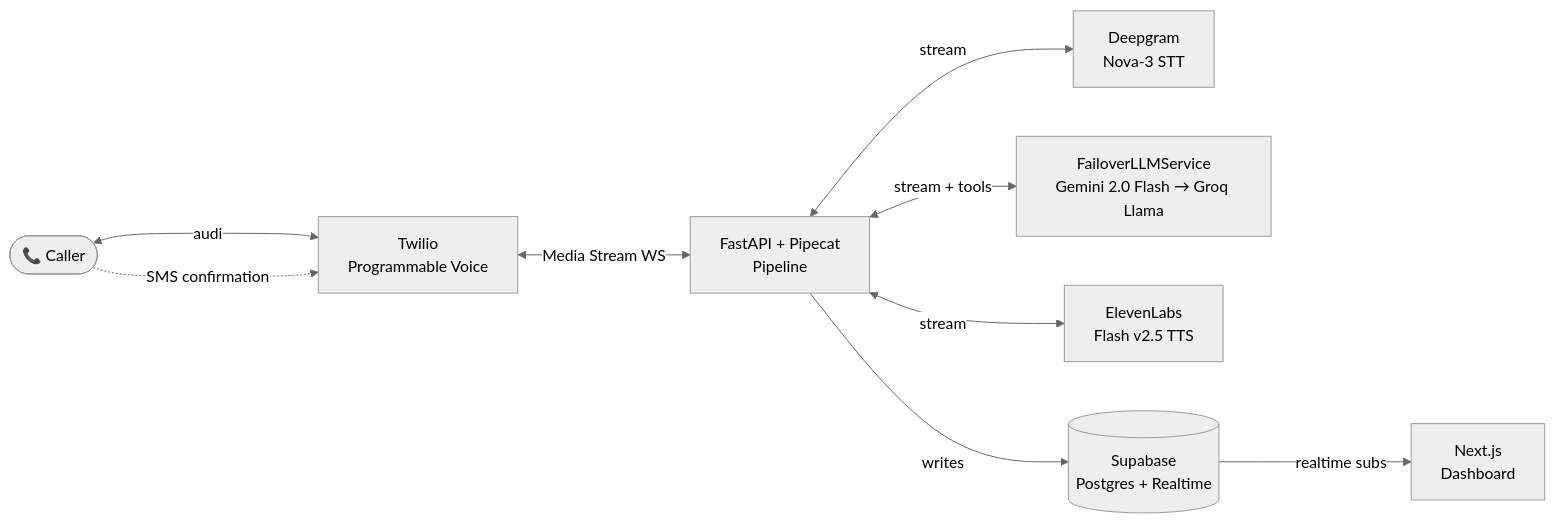
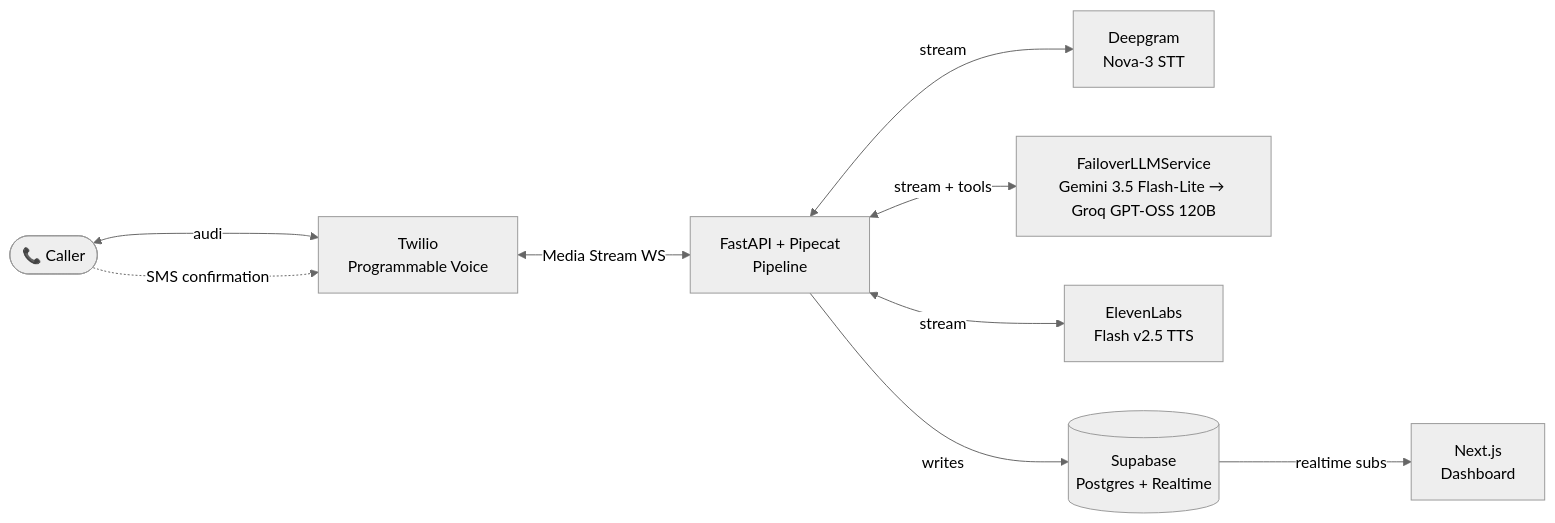
The diagram in README.md (Adi-o-s/Voice-R), drawn with Mermaid (neutral theme) before and after one commit. The commit also changed other lines of this file and 11 other files, not shown here.

````diff
--- a/README.md
+++ b/README.md
@@ -36,20 +37,20 @@
 ```mermaid
 flowchart LR
     Caller([📞 Caller])
     Twilio[Twilio<br/>Programmable Voice]
     Pipeline[FastAPI + Pipecat<br/>Pipeline]
     Deepgram[Deepgram<br/>Nova-3 STT]
-    LLM[FailoverLLMService<br/>Gemini 2.0 Flash → Groq Llama]
+    LLM[FailoverLLMService<br/>Gemini 3.5 Flash-Lite → Groq GPT-OSS 120B]
     Eleven[ElevenLabs<br/>Flash v2.5 TTS]
     Supabase[(Supabase<br/>Postgres + Realtime)]
     Dashboard[Next.js<br/>Dashboard]
 
     Caller <--audio--> Twilio
     Twilio <--Media Stream WS--> Pipeline
     Pipeline <--stream--> Deepgram
     Pipeline <--stream + tools--> LLM
     Pipeline <--stream--> Eleven
     Pipeline --writes--> Supabase
     Supabase --realtime subs--> Dashboard
     Caller -.SMS confirmation.-> Twilio
 ```
````
